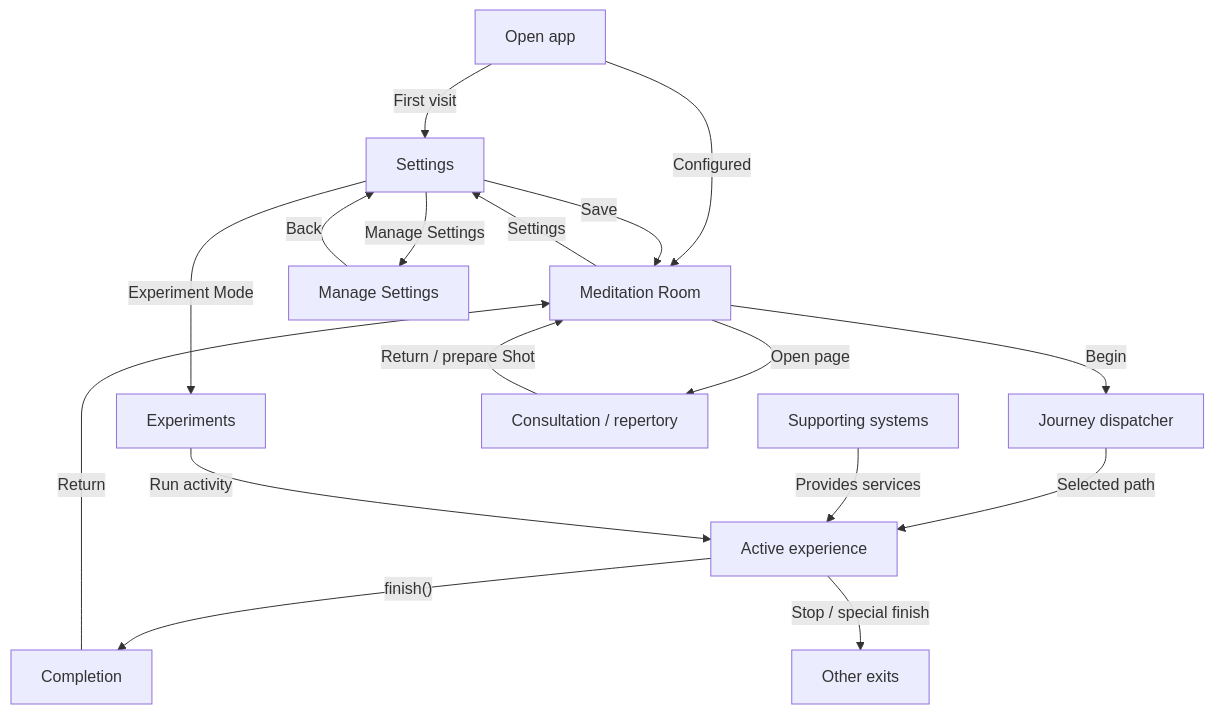
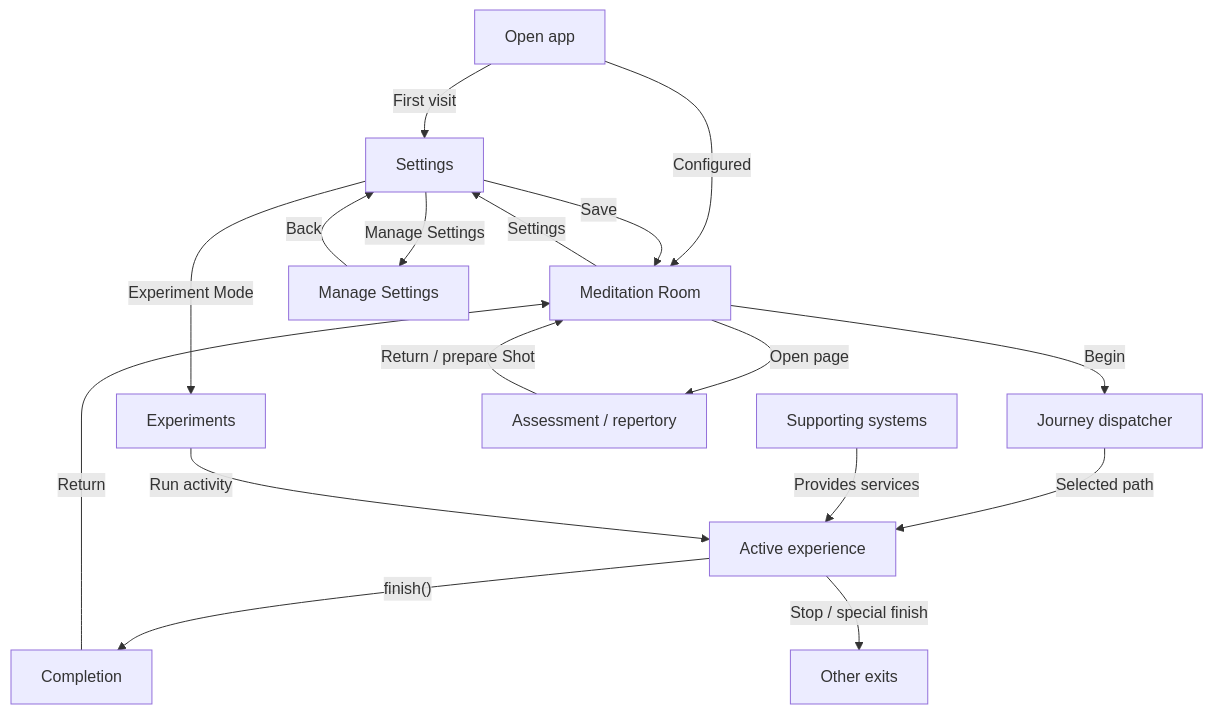
One commit to missionode/lite changed the second of 29 diagrams in docs/app-map/FLOW-REFERENCE.md. Above: the diagram before and after it, drawn with Mermaid. The commit also changed other lines of this file and 9 other files, not shown here.

````diff
--- a/docs/app-map/FLOW-REFERENCE.md
+++ b/docs/app-map/FLOW-REFERENCE.md
@@ -91,30 +91,30 @@
 ```mermaid
 flowchart TD
   launch["Open app"]
   settings["Settings"]
   lobby["Meditation Room"]
   manage["Manage Settings"]
   experiments["Experiments"]
   journeys["Journey dispatcher"]
-  consult["Consultation / repertory"]
+  consult["Assessment / repertory"]
   runtime["Active experience"]
   support["Supporting systems"]
   complete["Completion"]
   other["Other exits"]
   launch -->|"First visit"| settings
   launch -->|"Configured"| lobby
   settings -->|"Save"| lobby
   lobby -->|"Settings"| settings
   settings -->|"Manage Settings"| manage
   manage -->|"Back"| settings
   settings -->|"Experiment Mode"| experiments
   lobby -->|"Begin"| journeys
   lobby -->|"Open page"| consult
   journeys -->|"Selected path"| runtime
   support -->|"Provides services"| runtime
   runtime -->|"finish()"| complete
   runtime -->|"Stop / special finish"| other
   experiments -->|"Run activity"| runtime
   complete -->|"Return"| lobby
   consult -->|"Return / prepare Shot"| lobby
 ```
````
